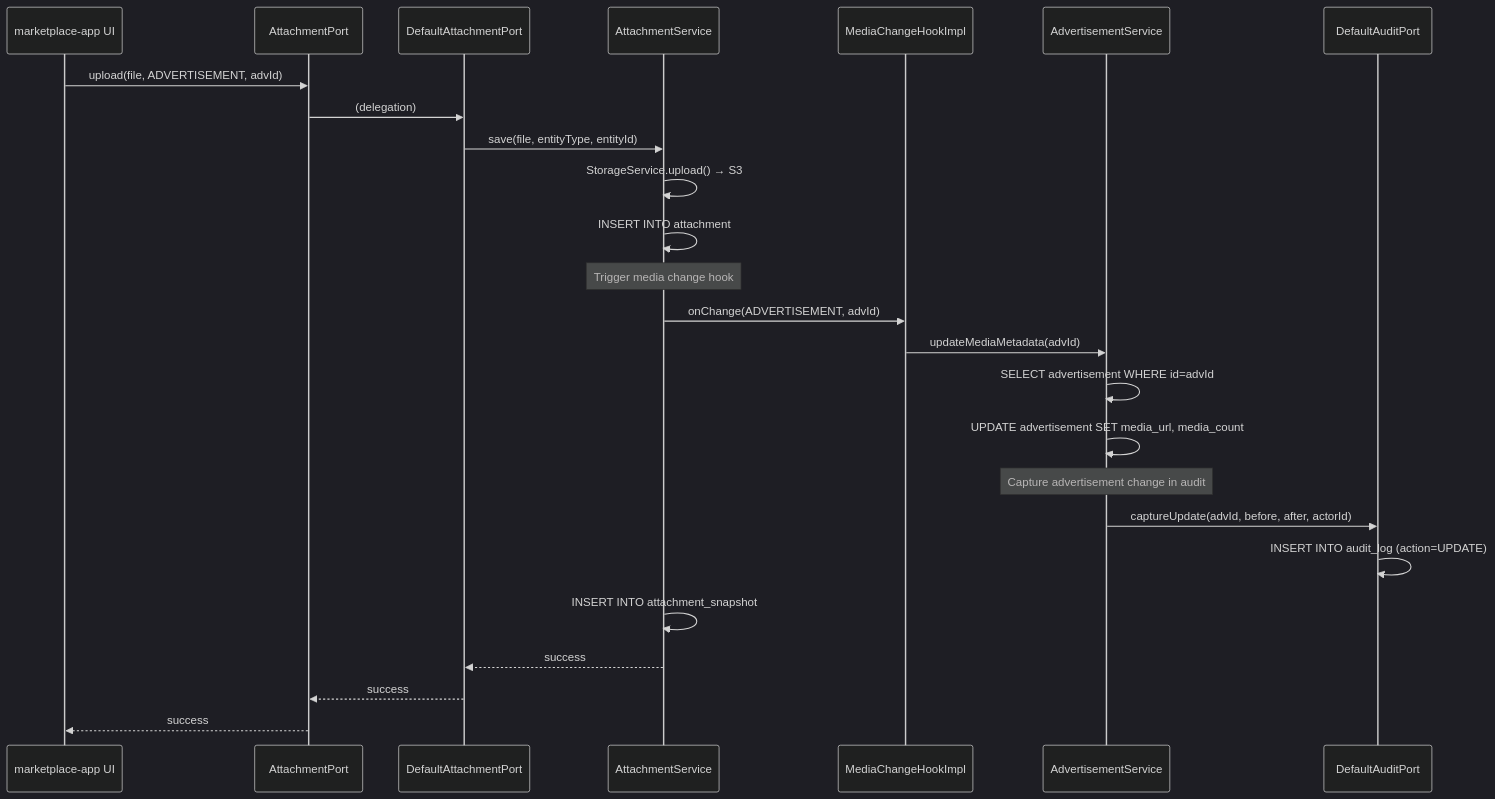
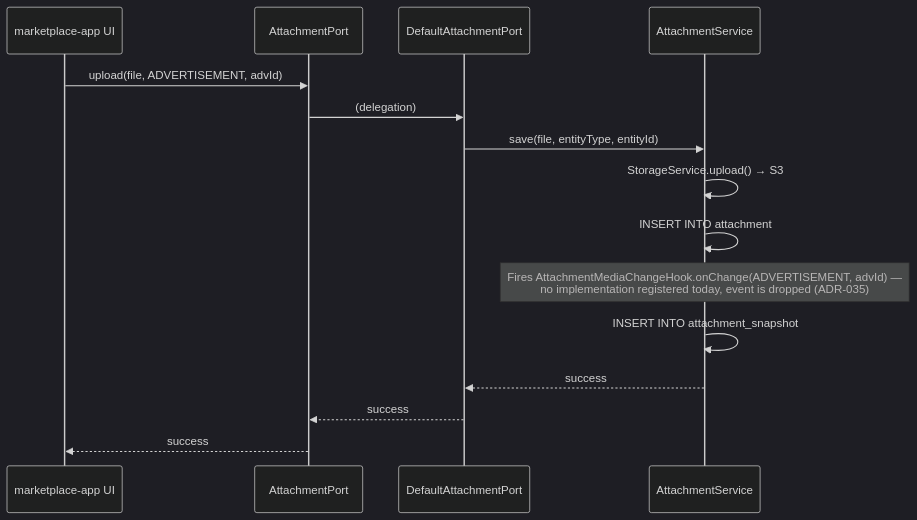
Before and after one commit to OstMutant/Advertisement: the second of 9 diagrams in docs/architecture/05-sequence-diagrams.md, drawn with Mermaid (dark theme). The commit also changed other lines of this file and 50 other files, not shown here.

First line of the commit message:
docs(backlog): file 26 new issues from pattern/security/UX review, sync architecture docs

````diff
--- a/docs/architecture/05-sequence-diagrams.md
+++ b/docs/architecture/05-sequence-diagrams.md
@@ -71,37 +69,23 @@
 ```mermaid
 sequenceDiagram
     participant App as marketplace-app UI
     participant AttPort as AttachmentPort
     participant AttImpl as DefaultAttachmentPort
     participant AttService as AttachmentService
-    participant MediaHook as MediaChangeHookImpl
-    participant AdvService as AdvertisementService
-    participant AuditPort as DefaultAuditPort
     
     App->>AttPort: upload(file, ADVERTISEMENT, advId)
     
     AttPort->>AttImpl: (delegation)
     AttImpl->>AttService: save(file, entityType, entityId)
     
     AttService->>AttService: StorageService.upload() → S3
     AttService->>AttService: INSERT INTO attachment
     
-    Note over AttService: Trigger media change hook
-    
-    AttService->>MediaHook: onChange(ADVERTISEMENT, advId)
-    MediaHook->>AdvService: updateMediaMetadata(advId)
-    
-    AdvService->>AdvService: SELECT advertisement WHERE id=advId
-    AdvService->>AdvService: UPDATE advertisement SET media_url, media_count
-    
-    Note over AdvService: Capture advertisement change in audit
-    
-    AdvService->>AuditPort: captureUpdate(advId, before, after, actorId)
-    AuditPort->>AuditPort: INSERT INTO audit_log (action=UPDATE)
+    Note over AttService: Fires AttachmentMediaChangeHook.onChange(ADVERTISEMENT, advId) —<br/>no implementation registered today, event is dropped (ADR-035)
     
     AttService->>AttService: INSERT INTO attachment_snapshot
     
     AttService-->>AttImpl: success
     AttImpl-->>AttPort: success
     AttPort-->>App: success
 ```
````
